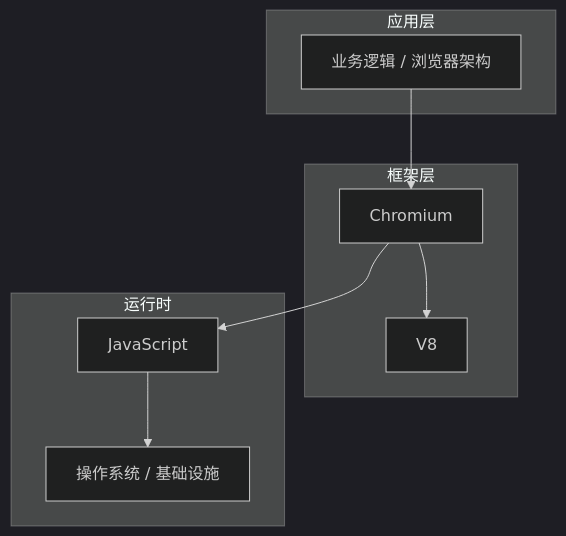
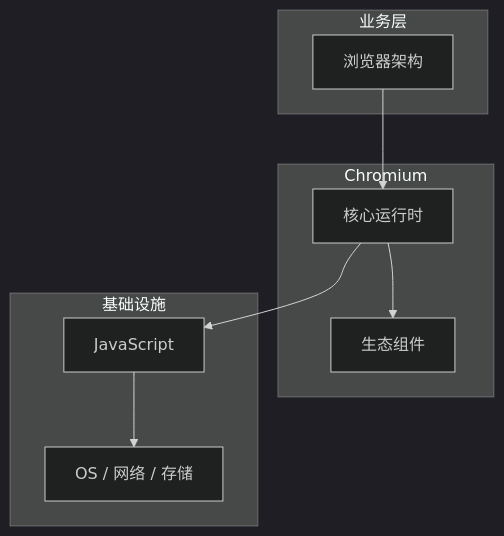
One commit to yanggan2015/knowledge-json-v2 changed the diagram in articles/浏览器原理/chapters/001-浏览器架构核心概念与原理.md. Above: the diagram before and after it, drawn with Mermaid (dark theme). The commit also changed other lines of this file and 10127 other files, not shown here.

````diff
--- a/articles/浏览器原理/chapters/001-浏览器架构核心概念与原理.md
+++ b/articles/浏览器原理/chapters/001-浏览器架构核心概念与原理.md
@@ -45,18 +34,18 @@
 ```mermaid
 graph TB
-    subgraph 应用层
-        A[业务逻辑 / 浏览器架构]
+    subgraph 业务层
+        A[浏览器架构]
     end
-    subgraph 框架层
-        B[Chromium]
-        C[V8]
+    subgraph Chromium
+        B[核心运行时]
+        C[生态组件]
     end
-    subgraph 运行时
+    subgraph 基础设施
         D[JavaScript]
-        E[操作系统 / 基础设施]
+        E[OS / 网络 / 存储]
     end
     A --> B
     B --> C
     B --> D
     D --> E
 ```
````
